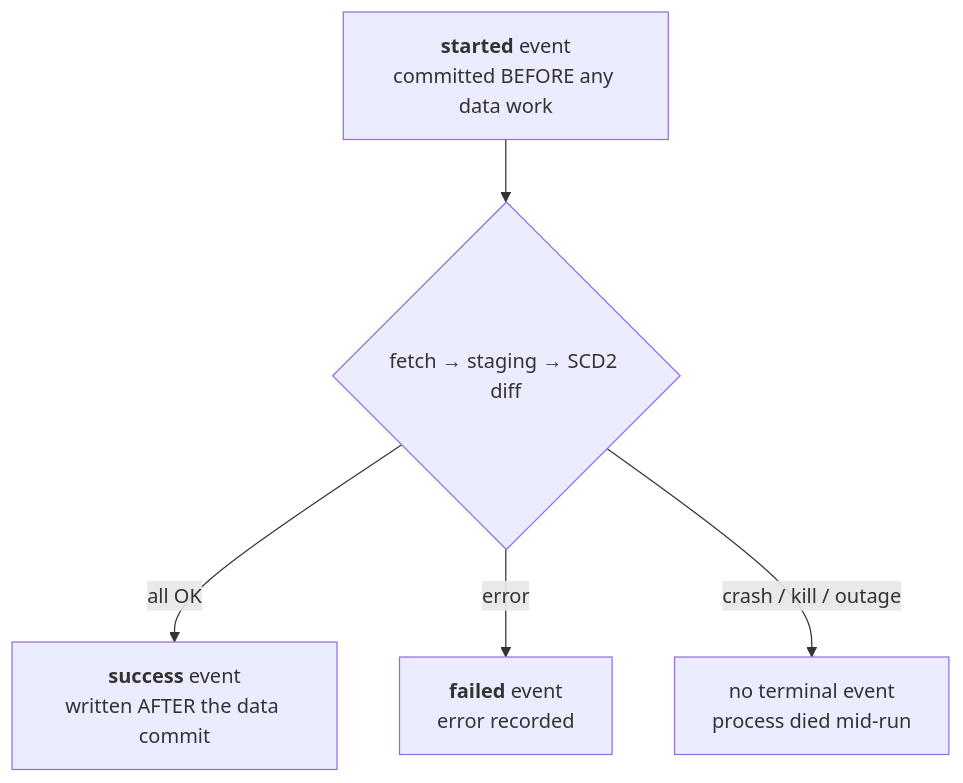
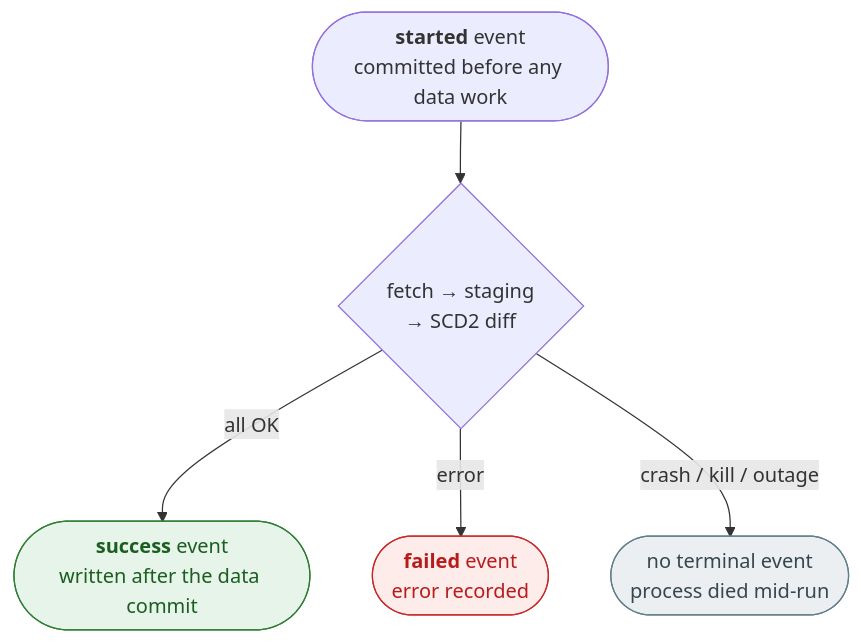
Before and after one commit to cruzlorite/bdns-fetch: the second of 2 diagrams in packages/bdns-sync/README.en.md, drawn with Mermaid. The commit also changed 1 other file, not shown here.

Commit message:
docs: color-code and round the run-lifecycle diagram nodes

````diff
--- a/packages/bdns-sync/README.en.md
+++ b/packages/bdns-sync/README.en.md
@@ -181,7 +181,13 @@
 ```mermaid
 flowchart TD
-    A["<b>started</b> event<br/>committed BEFORE any data work"] --> B{"fetch → staging → SCD2 diff"}
-    B -->|all OK| C["<b>success</b> event<br/>written AFTER the data commit"]
-    B -->|error| D["<b>failed</b> event<br/>error recorded"]
-    B -->|crash / kill / outage| E["no terminal event<br/>process died mid-run"]
+    A(["<b>started</b> event<br/>committed before any data work"]) --> B{"fetch → staging<br/>→ SCD2 diff"}
+    B -->|all OK| C(["<b>success</b> event<br/>written after the data commit"])
+    B -->|error| D(["<b>failed</b> event<br/>error recorded"])
+    B -->|crash / kill / outage| E(["no terminal event<br/>process died mid-run"])
+    classDef ok fill:#e6f4ea,stroke:#2e7d32,color:#1b5e20
+    classDef bad fill:#fdecea,stroke:#c62828,color:#b71c1c
+    classDef dead fill:#eceff1,stroke:#607d8b,color:#37474f
+    class C ok
+    class D bad
+    class E dead
 ```
````
